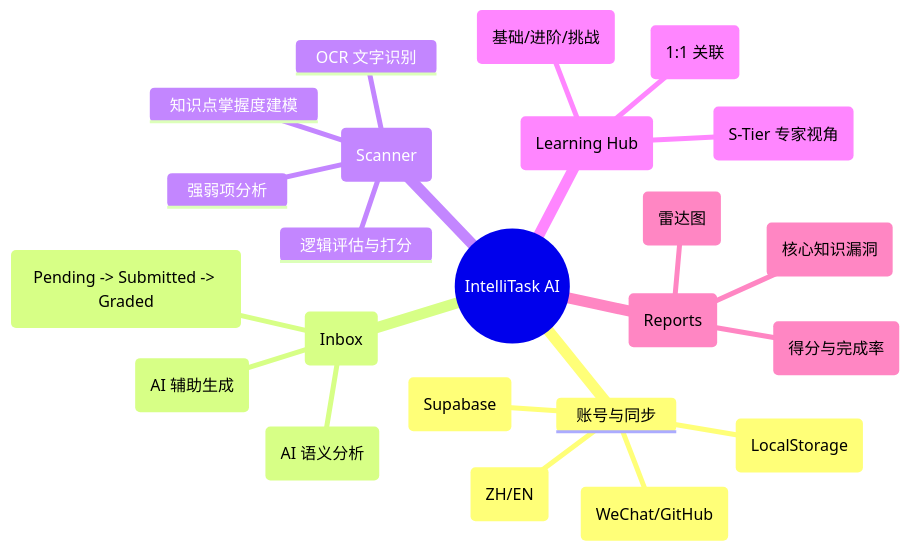
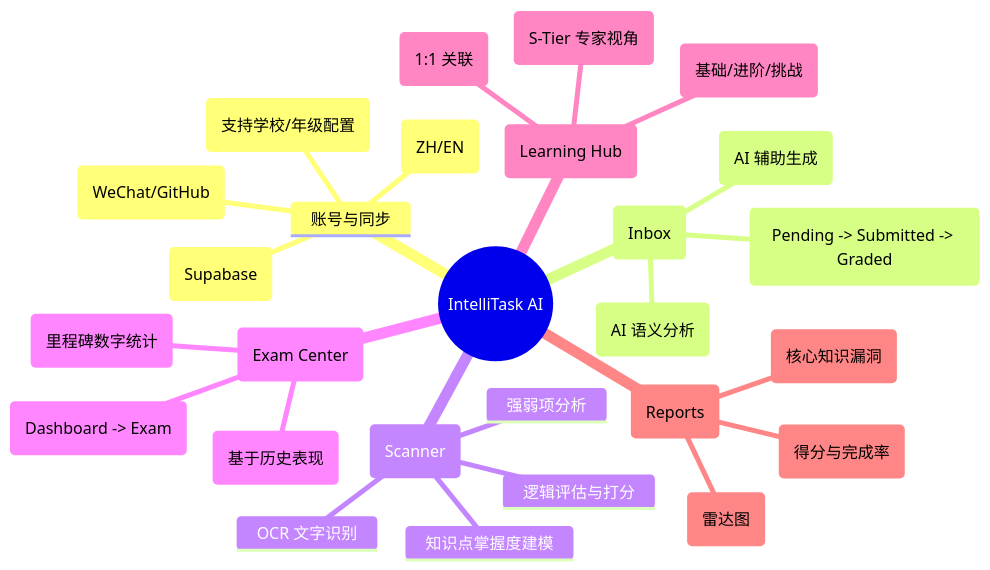
One commit to yale-zhang/homeWorkTask changed the first of 2 diagrams in README.md. Above: the diagram before and after it, drawn with Mermaid. The commit also changed other lines of this file and 9 other files, not shown here.

````diff
--- a/README.md
+++ b/README.md
@@ -9,26 +10,30 @@
 ```mermaid
 mindmap
   root((IntelliTask AI))
     账号与同步
       多账号切换 (WeChat/GitHub)
       云端持久化 (Supabase)
-      本地缓存 (LocalStorage)
+      资料管理 (支持学校/年级配置)
       国际化 (ZH/EN)
     作业采集 (Inbox)
       IM群聊提取 (AI 语义分析)
       手动录入 (AI 辅助生成)
       任务状态流转 (Pending -> Submitted -> Graded)
     AI 批改扫描 (Scanner)
       OCR 文字识别
       逻辑评估与打分
       强弱项分析
       知识点掌握度建模
+    备考中心 (Exam Center)
+      学术里程碑 (里程碑数字统计)
+      AI 备考方针 (基于历史表现)
+      点击穿透导航 (Dashboard -> Exam)
     自适应学习 (Learning Hub)
       深度学情剖析 (S-Tier 专家视角)
       按作业切换计划 (1:1 关联)
       阶梯式任务 (基础/进阶/挑战)
     数据可视化 (Reports)
       趋势分析 (得分与完成率)
       能力图谱 (雷达图)
       漏洞预警 (核心知识漏洞)
 ```
````
